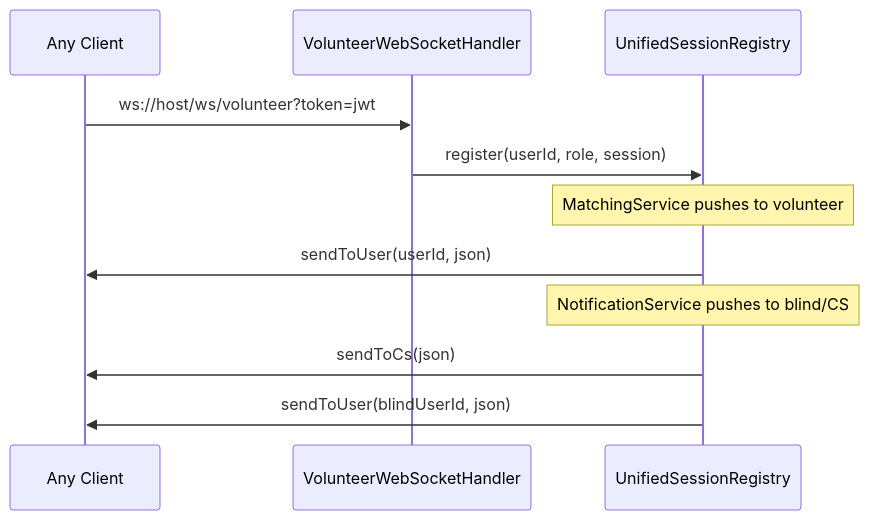
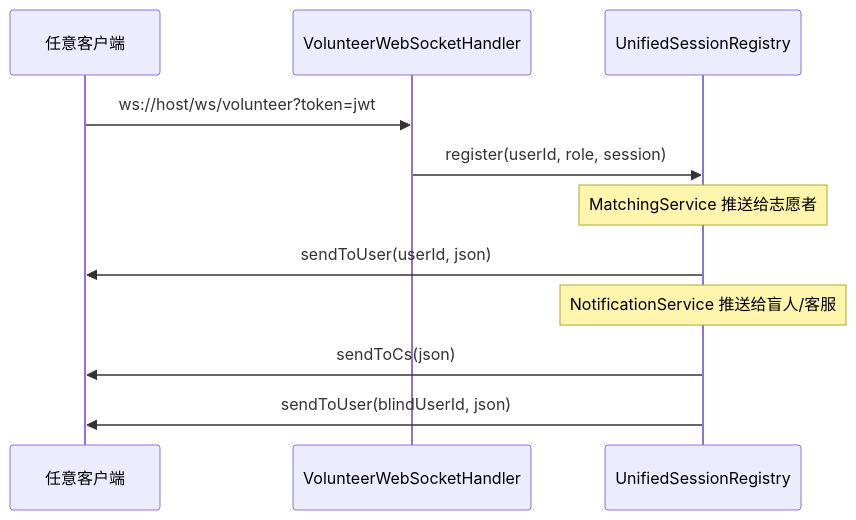
Before and after one commit to Jayden23018/blind-run-backend: the seventh of 7 diagrams in docs/ARCHITECTURE.md, drawn with Mermaid. The commit also changed other lines of this file and 122 other files, not shown here.

````diff
--- a/docs/ARCHITECTURE.md
+++ b/docs/ARCHITECTURE.md
@@ -373,16 +373,16 @@
 ```mermaid
 sequenceDiagram
-    participant Client as Any Client
+    participant Client as 任意客户端
     participant Handler as VolunteerWebSocketHandler
     participant Registry as UnifiedSessionRegistry
 
     Client->>Handler: ws://host/ws/volunteer?token=jwt
     Handler->>Registry: register(userId, role, session)
 
-    Note over Registry: MatchingService pushes to volunteer
+    Note over Registry: MatchingService 推送给志愿者
     Registry->>Client: sendToUser(userId, json)
 
-    Note over Registry: NotificationService pushes to blind/CS
+    Note over Registry: NotificationService 推送给盲人/客服
     Registry->>Client: sendToCs(json)
     Registry->>Client: sendToUser(blindUserId, json)
 ```
````
